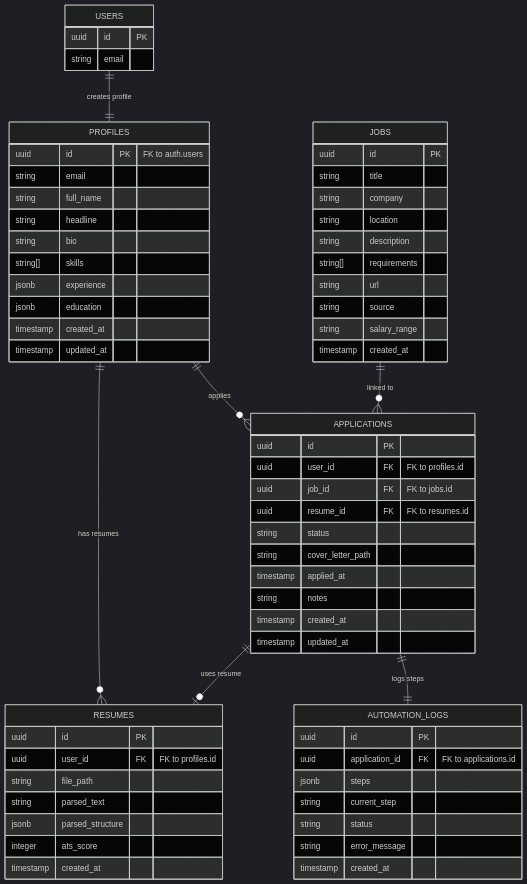
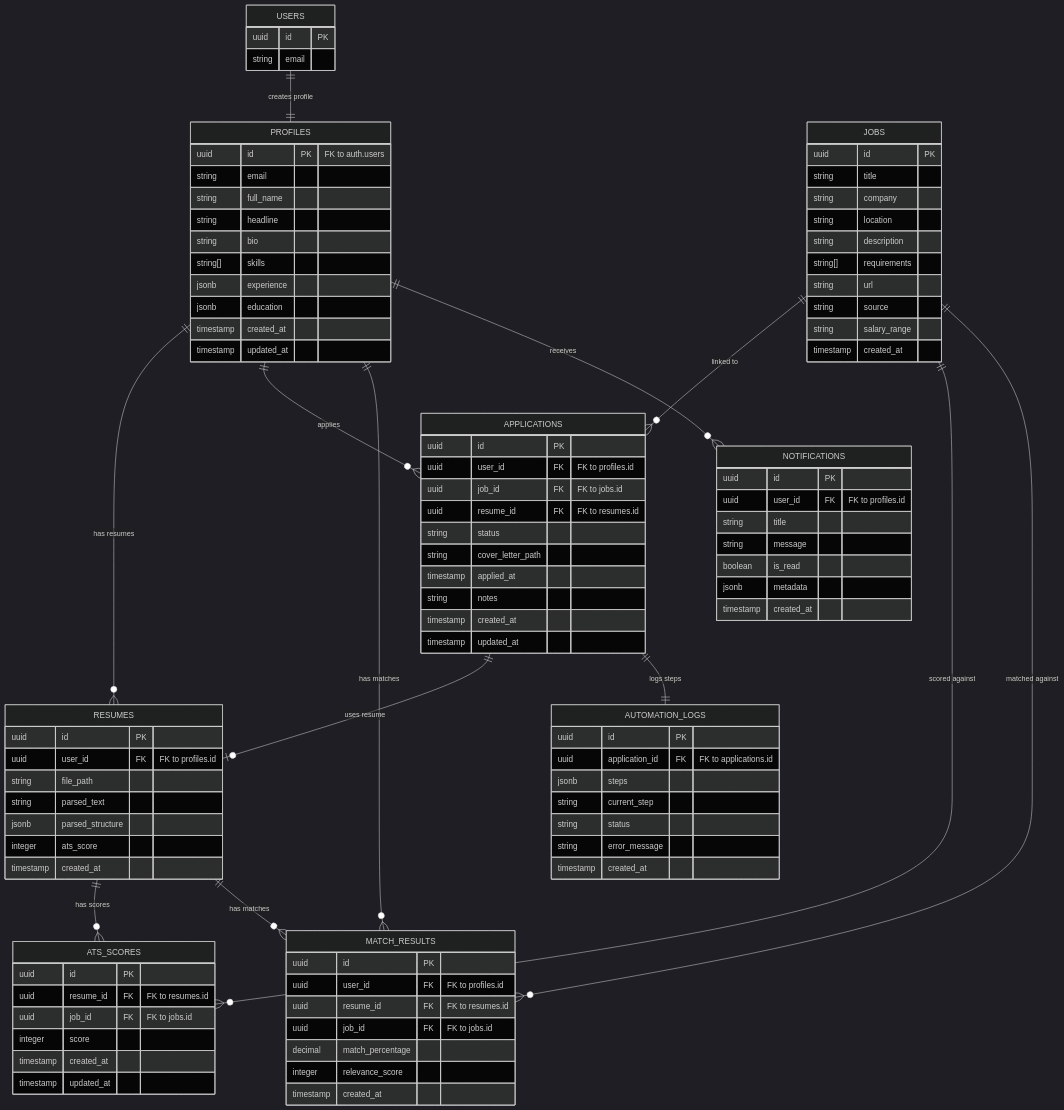
The diagram in docs/database.md (Biztarasolutions/AutoApply), drawn with Mermaid (dark theme) before and after one commit. The commit also changed other lines of this file and 15 other files, not shown here.

````diff
--- a/docs/database.md
+++ b/docs/database.md
@@ -64,11 +64,43 @@
         string error_message
         timestamp created_at
     }
+    ATS_SCORES {
+        uuid id PK
+        uuid resume_id FK "FK to resumes.id"
+        uuid job_id FK "FK to jobs.id"
+        integer score
+        timestamp created_at
+        timestamp updated_at
+    }
+    MATCH_RESULTS {
+        uuid id PK
+        uuid user_id FK "FK to profiles.id"
+        uuid resume_id FK "FK to resumes.id"
+        uuid job_id FK "FK to jobs.id"
+        decimal match_percentage
+        integer relevance_score
+        timestamp created_at
+    }
+    NOTIFICATIONS {
+        uuid id PK
+        uuid user_id FK "FK to profiles.id"
+        string title
+        string message
+        boolean is_read
+        jsonb metadata
+        timestamp created_at
+    }
 
     USERS ||--|| PROFILES : "creates profile"
     PROFILES ||--o{ RESUMES : "has resumes"
     PROFILES ||--o{ APPLICATIONS : "applies"
+    PROFILES ||--o{ MATCH_RESULTS : "has matches"
+    PROFILES ||--o{ NOTIFICATIONS : "receives"
     JOBS ||--o{ APPLICATIONS : "linked to"
+    JOBS ||--o{ ATS_SCORES : "scored against"
+    JOBS ||--o{ MATCH_RESULTS : "matched against"
     APPLICATIONS ||--o| RESUMES : "uses resume"
     APPLICATIONS ||--|| AUTOMATION_LOGS : "logs steps"
+    RESUMES ||--o{ ATS_SCORES : "has scores"
+    RESUMES ||--o{ MATCH_RESULTS : "has matches"
 ```
````
